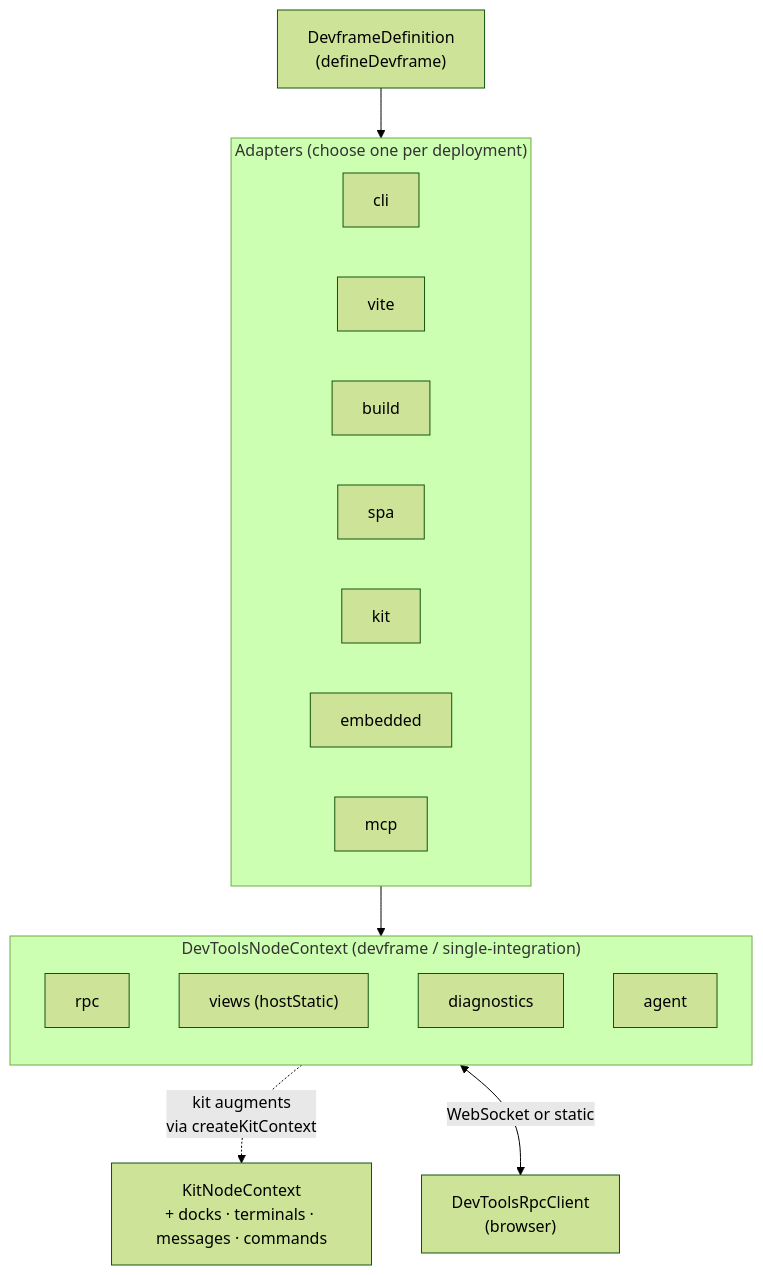
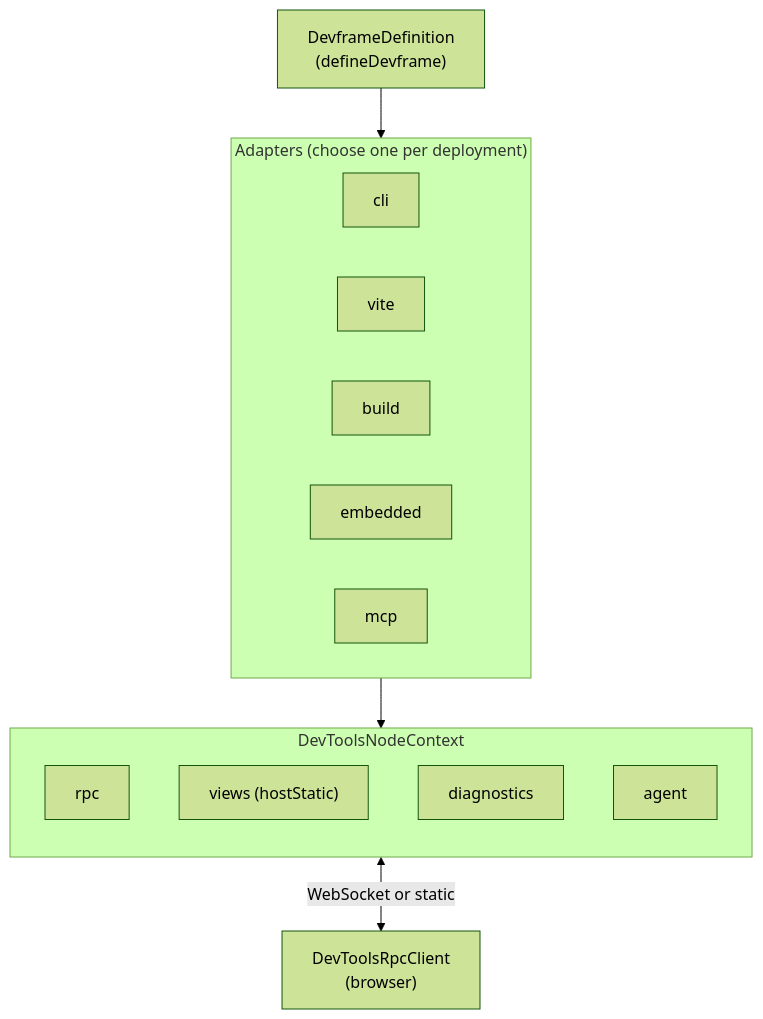
The diagram in docs/guide/index.md (userquin/devframe), drawn with Mermaid (forest theme) before and after one commit. The commit also changed other lines of this file and 26 other files, not shown here.

First line of the commit message:
refactor: reframe devframe positioning + rename Vite integration

````diff
--- a/docs/guide/index.md
+++ b/docs/guide/index.md
@@ -43,28 +41,25 @@
 ```mermaid
 flowchart TB
   Definition["DevframeDefinition<br/>(defineDevframe)"]
   Definition --> Adapters
 
   subgraph Adapters["Adapters (choose one per deployment)"]
     CLI["cli"]
     Vite["vite"]
     Build["build"]
-    SPA["spa"]
-    Kit["kit"]
     Embedded["embedded"]
     MCP["mcp"]
   end
 
   Adapters --> Ctx["DevToolsNodeContext"]
 
-  subgraph Ctx["DevToolsNodeContext (devframe / single-integration)"]
+  subgraph Ctx["DevToolsNodeContext"]
     direction TB
     RPC["rpc"]
     Views["views (hostStatic)"]
     Diagnostics["diagnostics"]
     Agent["agent"]
   end
 
-  Ctx -.->|kit augments<br/>via createKitContext| Hub["KitNodeContext<br/>+ docks · terminals · messages · commands"]
   Ctx <-->|WebSocket or static| Client["DevToolsRpcClient<br/>(browser)"]
 ```
````
